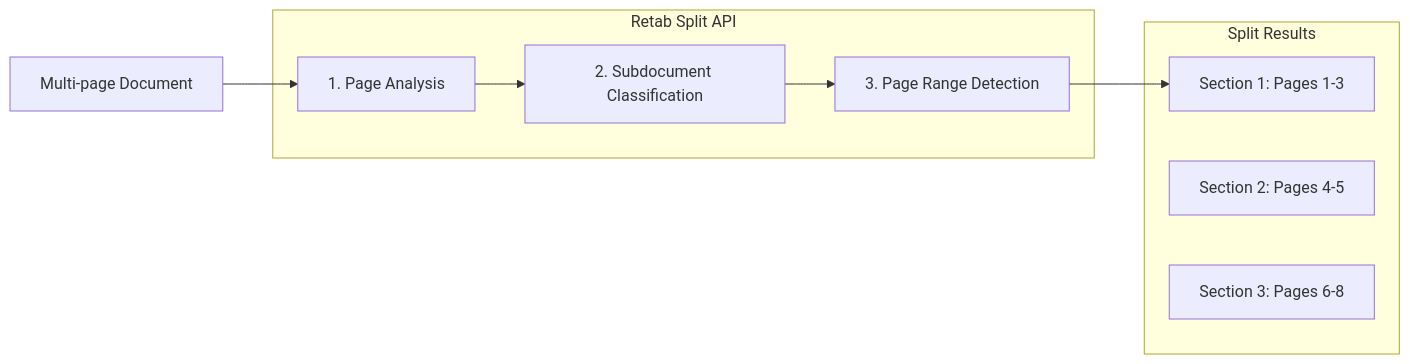
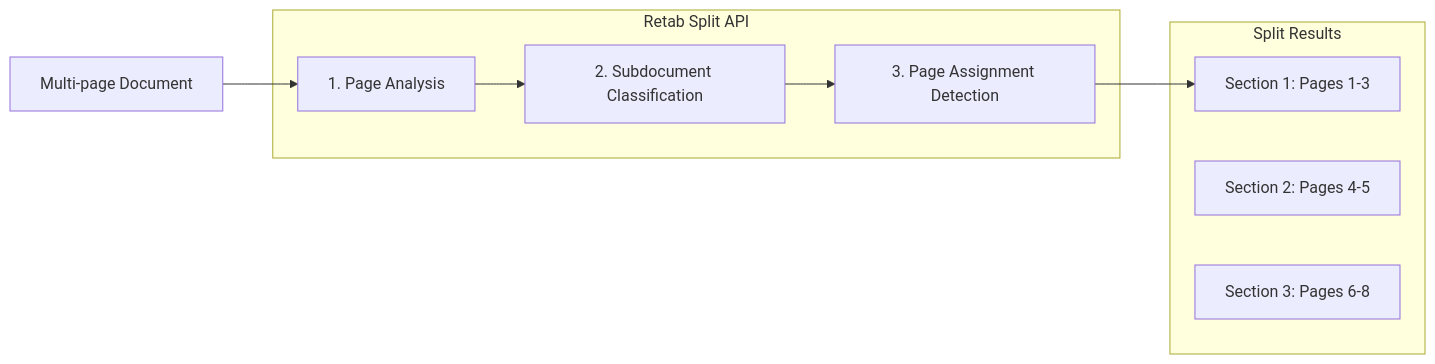
One commit to retab-dev/docs changed the diagram in core-concepts/Split.mdx. Above: the diagram before and after it, drawn with Mermaid. The commit also changed other lines of this file and 27 other files, not shown here.

````diff
--- a/core-concepts/Split.mdx
+++ b/core-concepts/Split.mdx
@@ -18,18 +20,18 @@
 ```mermaid
 flowchart LR
     A[Multi-page Document] --> B
     
     subgraph Retab["Retab Split API"]
         B[1. Page Analysis]
         B --> C[2. Subdocument Classification]
-        C --> D[3. Page Range Detection]
+        C --> D[3. Page Assignment Detection]
     end
     
     D --> E
     
     subgraph Output["Split Results"]
         E[Section 1: Pages 1-3]
         F[Section 2: Pages 4-5]
         G[Section 3: Pages 6-8]
     end
 ```
````
